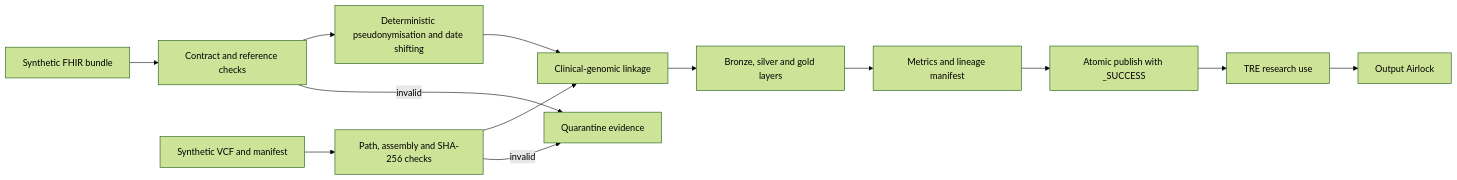
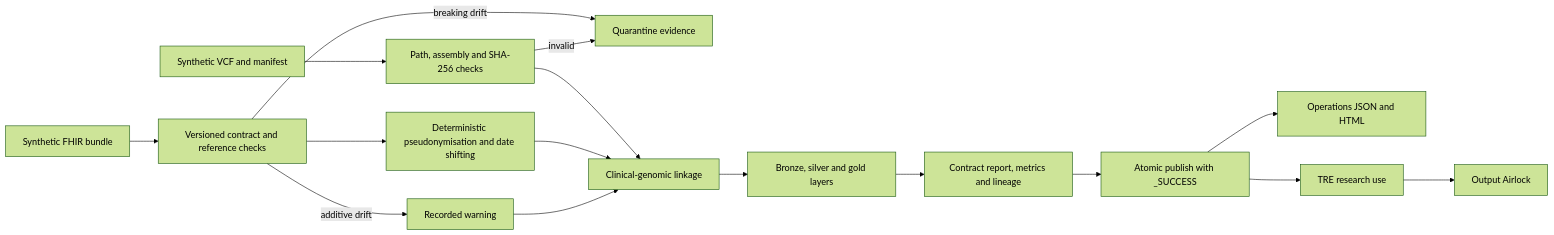
Before and after one commit to xm2325/tre_output_airlock: the diagram in clinical_genomic_pipeline/README.md, drawn with Mermaid (forest theme). The commit also changed other lines of this file and 11 other files, not shown here.

First line of the commit message:
Add schema drift controls and pipeline operations evidence

````diff
--- a/clinical_genomic_pipeline/README.md
+++ b/clinical_genomic_pipeline/README.md
@@ -13,15 +13,18 @@
 ```mermaid
 flowchart LR
-  A[Synthetic FHIR bundle] --> C[Contract and reference checks]
+  A[Synthetic FHIR bundle] --> C[Versioned contract and reference checks]
   B[Synthetic VCF and manifest] --> D[Path, assembly and SHA-256 checks]
+  C -->|breaking drift| Q[Quarantine evidence]
+  C -->|additive drift| W[Recorded warning]
   C --> E[Deterministic pseudonymisation and date shifting]
   D --> F[Clinical-genomic linkage]
+  D -->|invalid| Q
   E --> F
+  W --> F
   F --> G[Bronze, silver and gold layers]
-  G --> H[Metrics and lineage manifest]
+  G --> H[Contract report, metrics and lineage]
   H --> I[Atomic publish with _SUCCESS]
-  C -->|invalid| Q[Quarantine evidence]
-  D -->|invalid| Q
+  I --> O[Operations JSON and HTML]
   I --> J[TRE research use]
   J --> K[Output Airlock]
 ```
````
